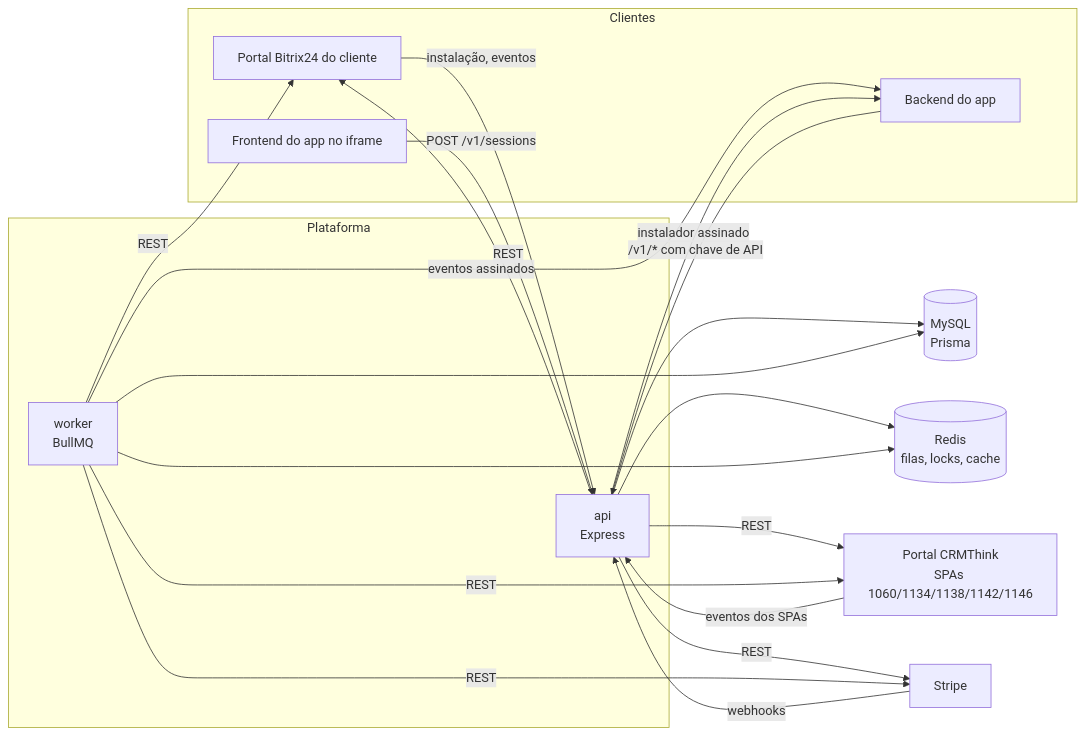
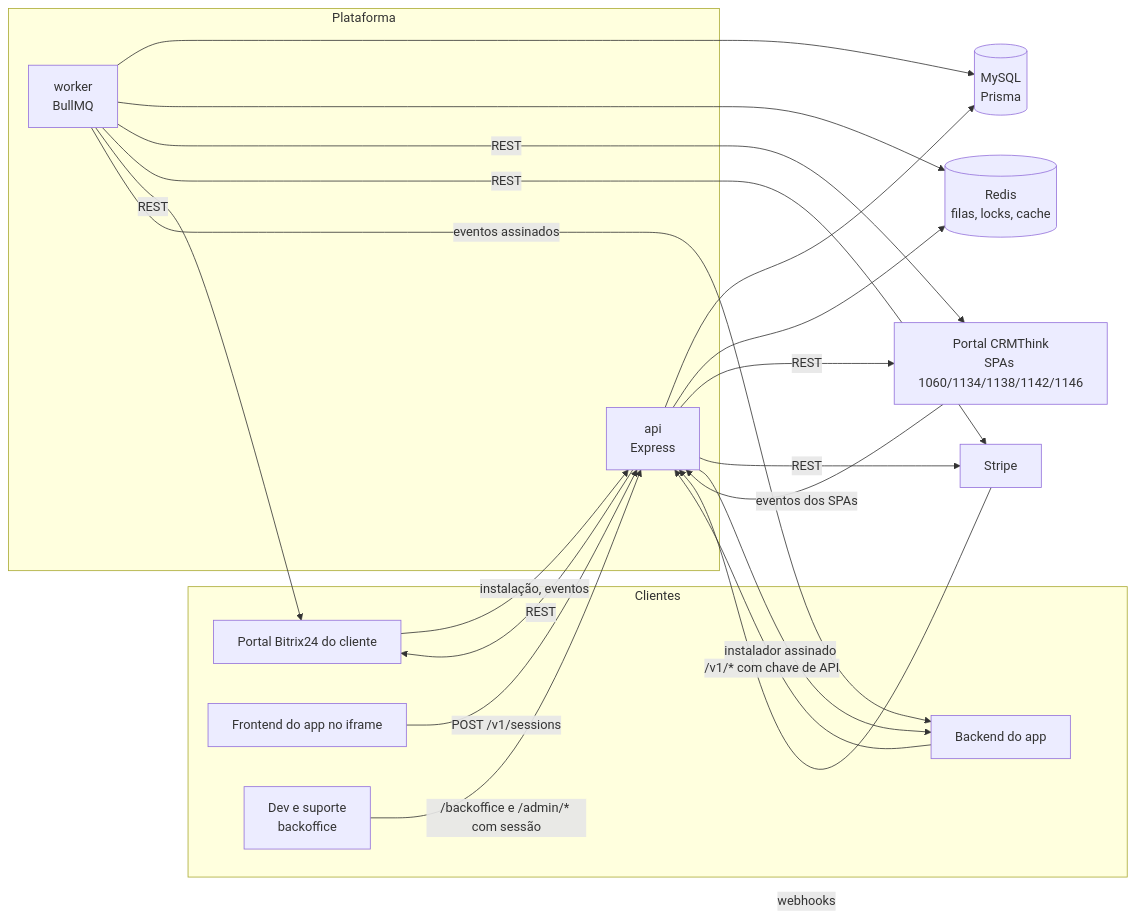
The diagram in docs/technical/architecture.md (CRMThink-Sources/crmthink-platform), drawn with Mermaid before and after one commit. The commit also changed other lines of this file and 85 other files, not shown here.

````diff
--- a/docs/technical/architecture.md
+++ b/docs/technical/architecture.md
@@ -12,28 +12,30 @@
 ```mermaid
 flowchart LR
   subgraph Clientes
     B24[Portal Bitrix24 do cliente]
     FE[Frontend do app no iframe]
     APP[Backend do app]
+    OP[Dev e suporte<br/>backoffice]
   end
   subgraph Plataforma
     API[api<br/>Express]
     WK[worker<br/>BullMQ]
   end
   DB[(MySQL<br/>Prisma)]
   R[(Redis<br/>filas, locks, cache)]
   CRM[Portal CRMThink<br/>SPAs 1060/1134/1138/1142/1146]
   ST[Stripe]
 
   B24 -- instalação, eventos --> API
   FE -- POST /v1/sessions --> API
   APP -- /v1/* com chave de API --> API
+  OP -- /backoffice e /admin/* com sessão --> API
   ST -- webhooks --> API
   CRM -- eventos dos SPAs --> API
   API --> DB & R
   WK --> DB & R
   API -- REST --> CRM & ST & B24
   WK -- REST --> CRM & ST & B24
   WK -- eventos assinados --> APP
   API -- instalador assinado --> APP
 ```
````
